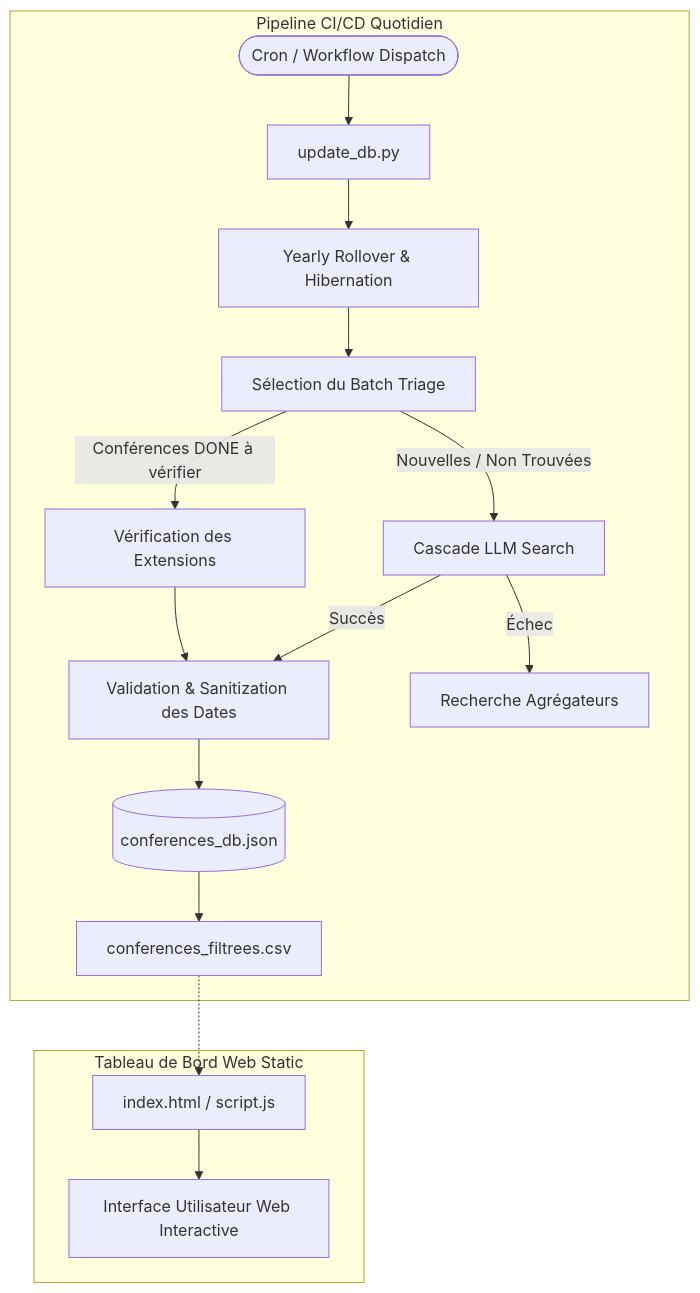
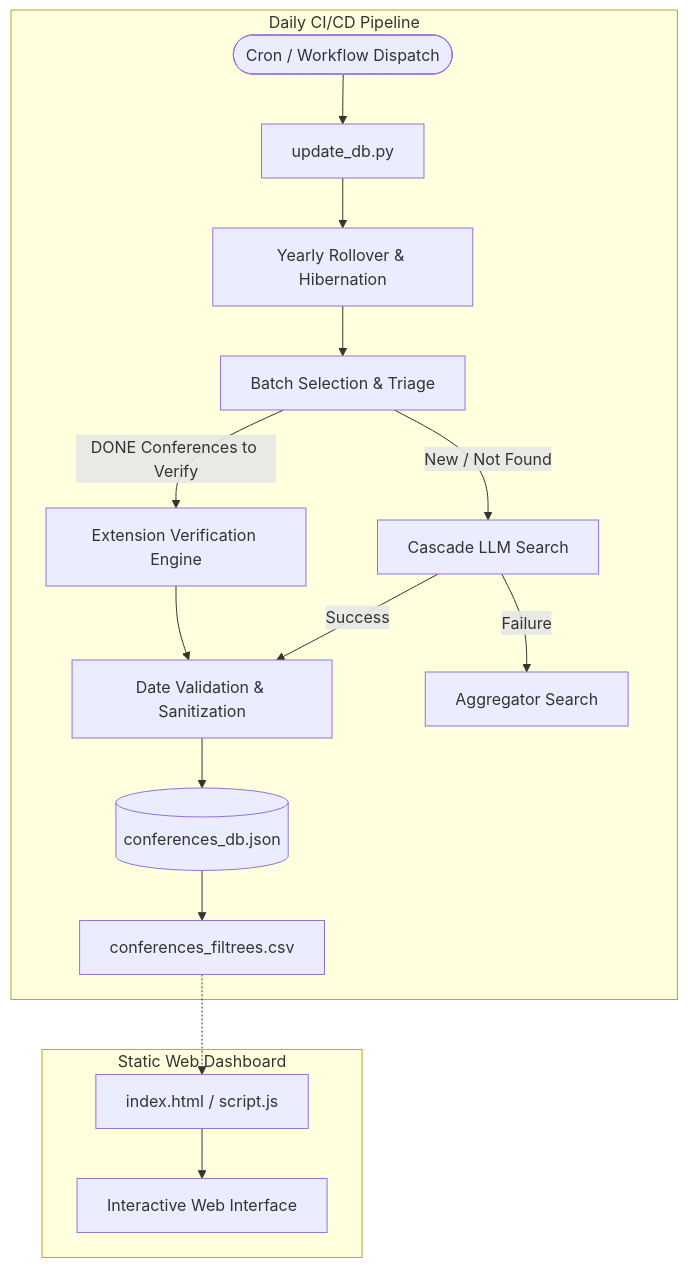
One commit to JohanPy/ICORESearch changed the diagram in README.md. Above: the diagram before and after it, drawn with Mermaid. The commit also changed other lines of this file and 2 other files, not shown here.

First line of the commit message:
docs(i18n): translate documentation, comments, and LLM prompts to English

````diff
--- a/README.md
+++ b/README.md
@@ -37,23 +37,23 @@
 ```mermaid
 flowchart TD
-    subgraph GitHub Actions [Pipeline CI/CD Quotidien]
+    subgraph GitHub Actions [Daily CI/CD Pipeline]
         Cron([Cron / Workflow Dispatch]) --> Python[update_db.py]
         Python --> Rollover[Yearly Rollover & Hibernation]
-        Rollover --> Triage[Sélection du Batch Triage]
+        Rollover --> Triage[Batch Selection & Triage]
         
-        Triage --> |Nouvelles / Non Trouvées| Phase1[Cascade LLM Search]
-        Phase1 --> |Succès| Extract[Validation & Sanitization des Dates]
-        Phase1 --> |Échec| Phase2[Recherche Agrégateurs]
+        Triage --> |New / Not Found| Phase1[Cascade LLM Search]
+        Phase1 --> |Success| Extract[Date Validation & Sanitization]
+        Phase1 --> |Failure| Phase2[Aggregator Search]
         
-        Triage --> |Conférences DONE à vérifier| Verify[Vérification des Extensions]
+        Triage --> |DONE Conferences to Verify| Verify[Extension Verification Engine]
         Verify --> Extract
         
         Extract --> DB[(conferences_db.json)]
         DB --> Export[conferences_filtrees.csv]
     end
     
-    subgraph Frontend [Tableau de Bord Web Static]
+    subgraph Frontend [Static Web Dashboard]
         Export -.-> HTTP[index.html / script.js]
-        HTTP --> UI[Interface Utilisateur Web Interactive]
+        HTTP --> UI[Interactive Web Interface]
     end
 ```
````
